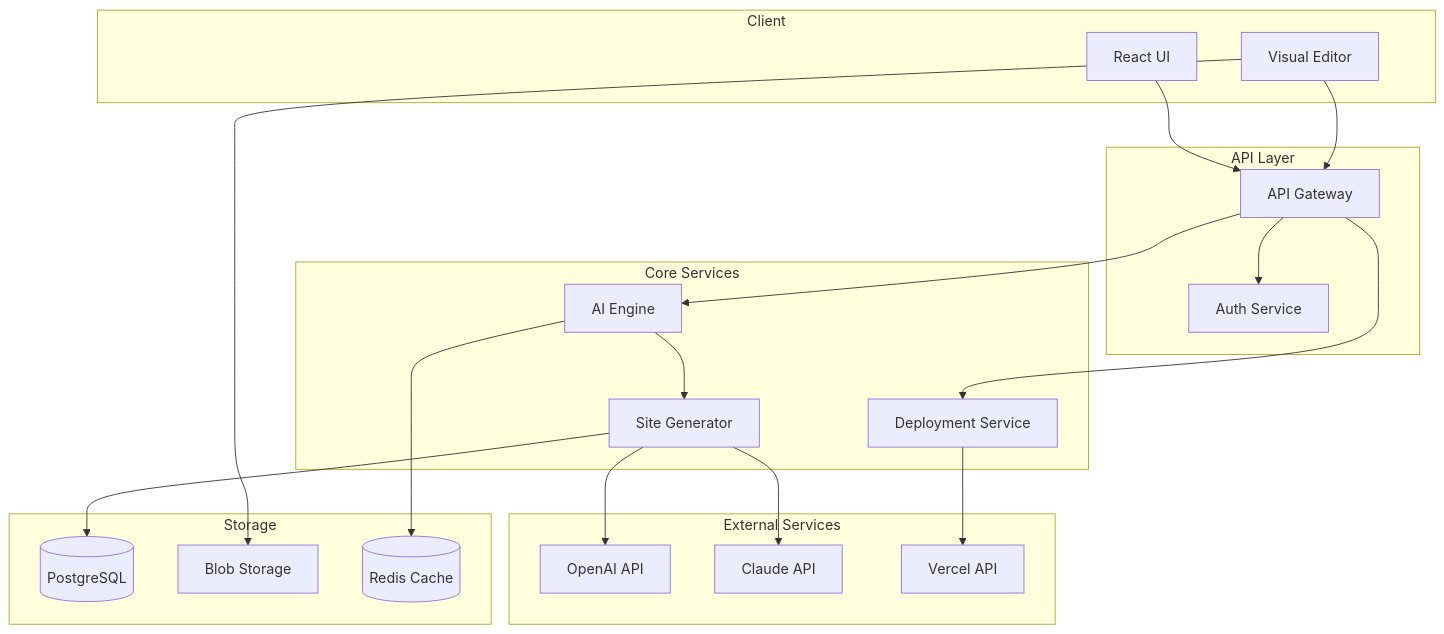
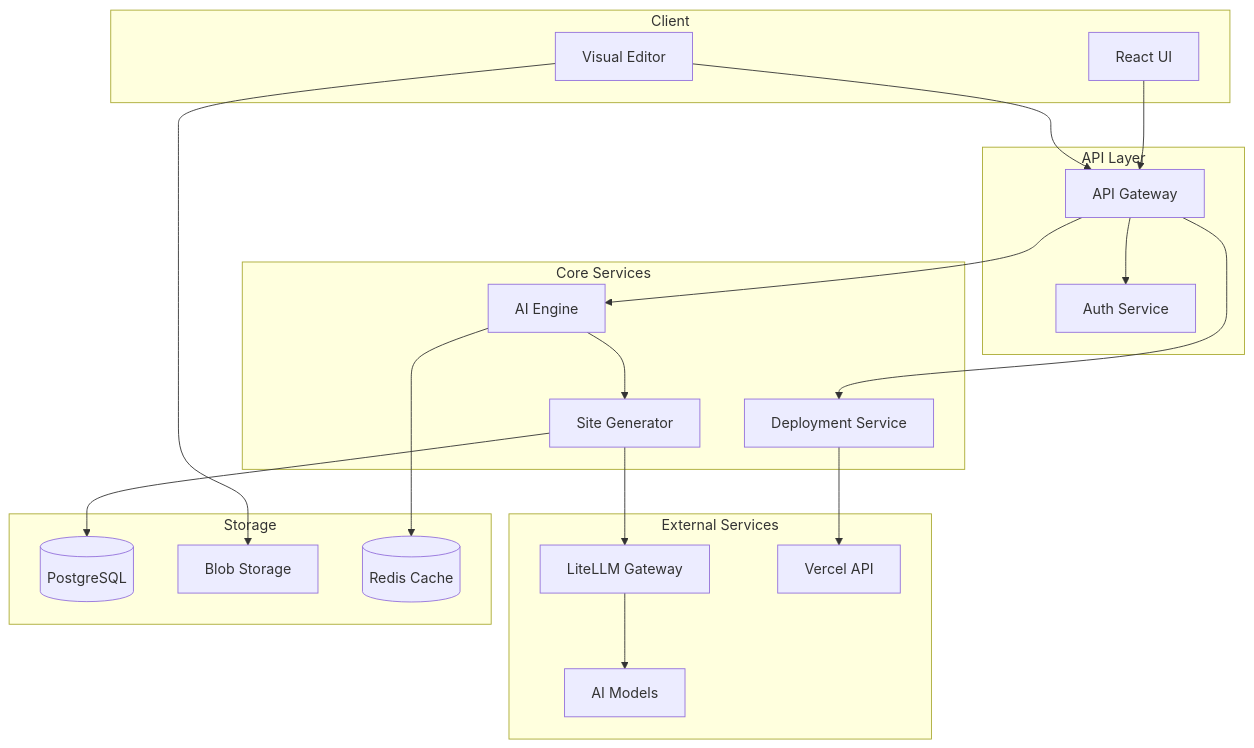
One commit to robb-lee/aether changed the diagram in tsd.md. Above: the diagram before and after it, drawn with Mermaid. The commit also changed other lines of this file and 6 other files, not shown here.

````diff
--- a/tsd.md
+++ b/tsd.md
@@ -1210,43 +1210,43 @@
 ```mermaid
 graph TB
     subgraph "Client"
         UI[React UI]
         Editor[Visual Editor]
     end
     
     subgraph "API Layer"
         Gateway[API Gateway]
         Auth[Auth Service]
     end
     
     subgraph "Core Services"
         AIEngine[AI Engine]
         Generator[Site Generator]
         Deployer[Deployment Service]
     end
     
     subgraph "External Services"
-        OpenAI[OpenAI API]
-        Claude[Claude API]
+        LiteLLM[LiteLLM Gateway]
+        Models[AI Models]
         Vercel[Vercel API]
     end
     
     subgraph "Storage"
         Postgres[(PostgreSQL)]
         Blob[Blob Storage]
         Redis[(Redis Cache)]
     end
     
     UI --> Gateway
     Editor --> Gateway
     Gateway --> Auth
     Gateway --> AIEngine
     AIEngine --> Generator
-    Generator --> OpenAI
-    Generator --> Claude
+    Generator --> LiteLLM
+    LiteLLM --> Models
     Gateway --> Deployer
     Deployer --> Vercel
     AIEngine --> Redis
     Generator --> Postgres
     Editor --> Blob
 ```
````
